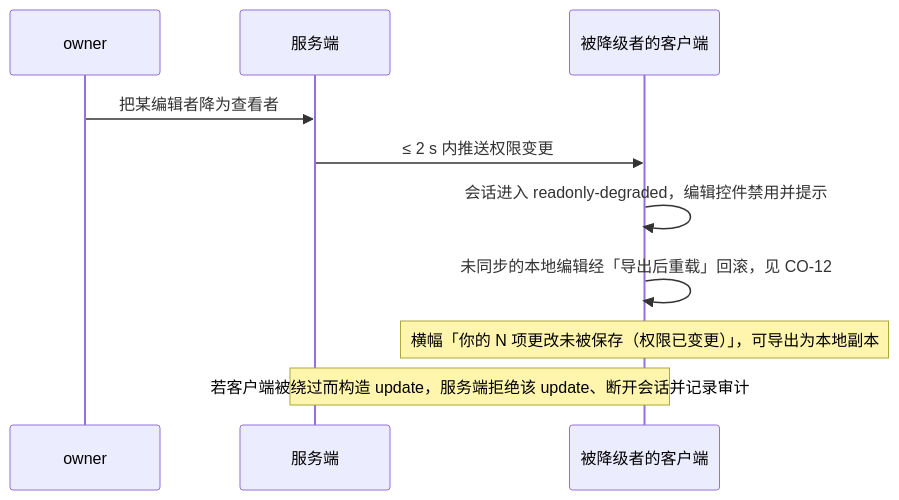
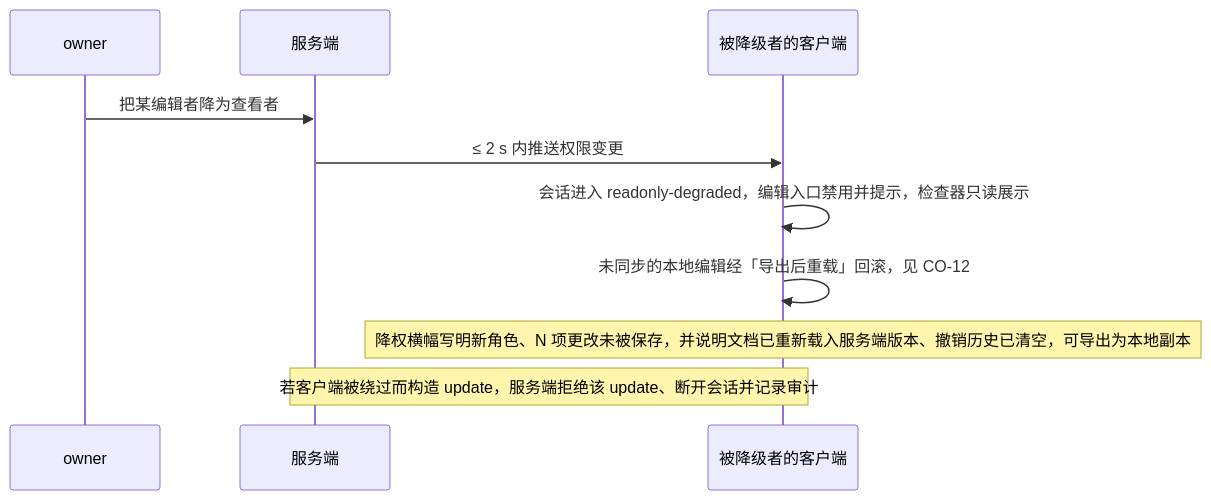
The third of 10 diagrams in docs/10-prd/03-features/03-collaboration.md (Xeonice/cordis-ppt-editor), drawn with Mermaid before and after one commit. The commit also changed other lines of this file and 16 other files, not shown here.

First line of the commit message:
docs(prd): 按设计语言 v3 改读需求表述（第 0–3 批与母版视图改版）

````diff
--- a/docs/10-prd/03-features/03-collaboration.md
+++ b/docs/10-prd/03-features/03-collaboration.md
@@ -157,12 +160,12 @@
 ```mermaid
 sequenceDiagram
   participant owner as owner
   participant server as 服务端
   participant client as 被降级者的客户端
   owner->>server: 把某编辑者降为查看者
   server->>client: ≤ 2 s 内推送权限变更
-  client->>client: 会话进入 readonly-degraded，编辑控件禁用并提示
+  client->>client: 会话进入 readonly-degraded，编辑入口禁用并提示，检查器只读展示
   client->>client: 未同步的本地编辑经「导出后重载」回滚，见 CO-12
-  Note over client: 横幅「你的 N 项更改未被保存（权限已变更）」，可导出为本地副本
+  Note over client: 降权横幅写明新角色、N 项更改未被保存，并说明文档已重新载入服务端版本、撤销历史已清空，可导出为本地副本
   Note over server,client: 若客户端被绕过而构造 update，服务端拒绝该 update、断开会话并记录审计
 ```
````
